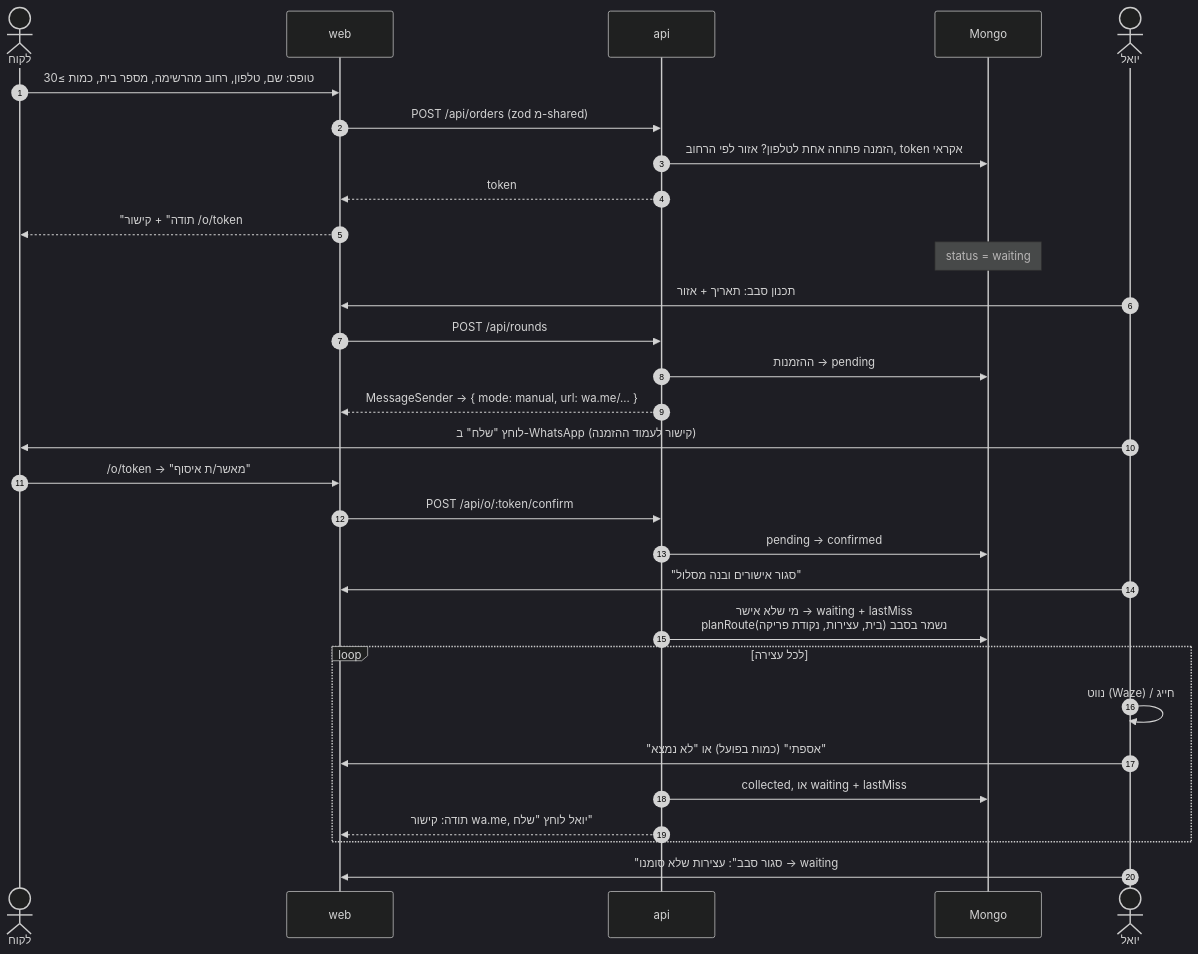
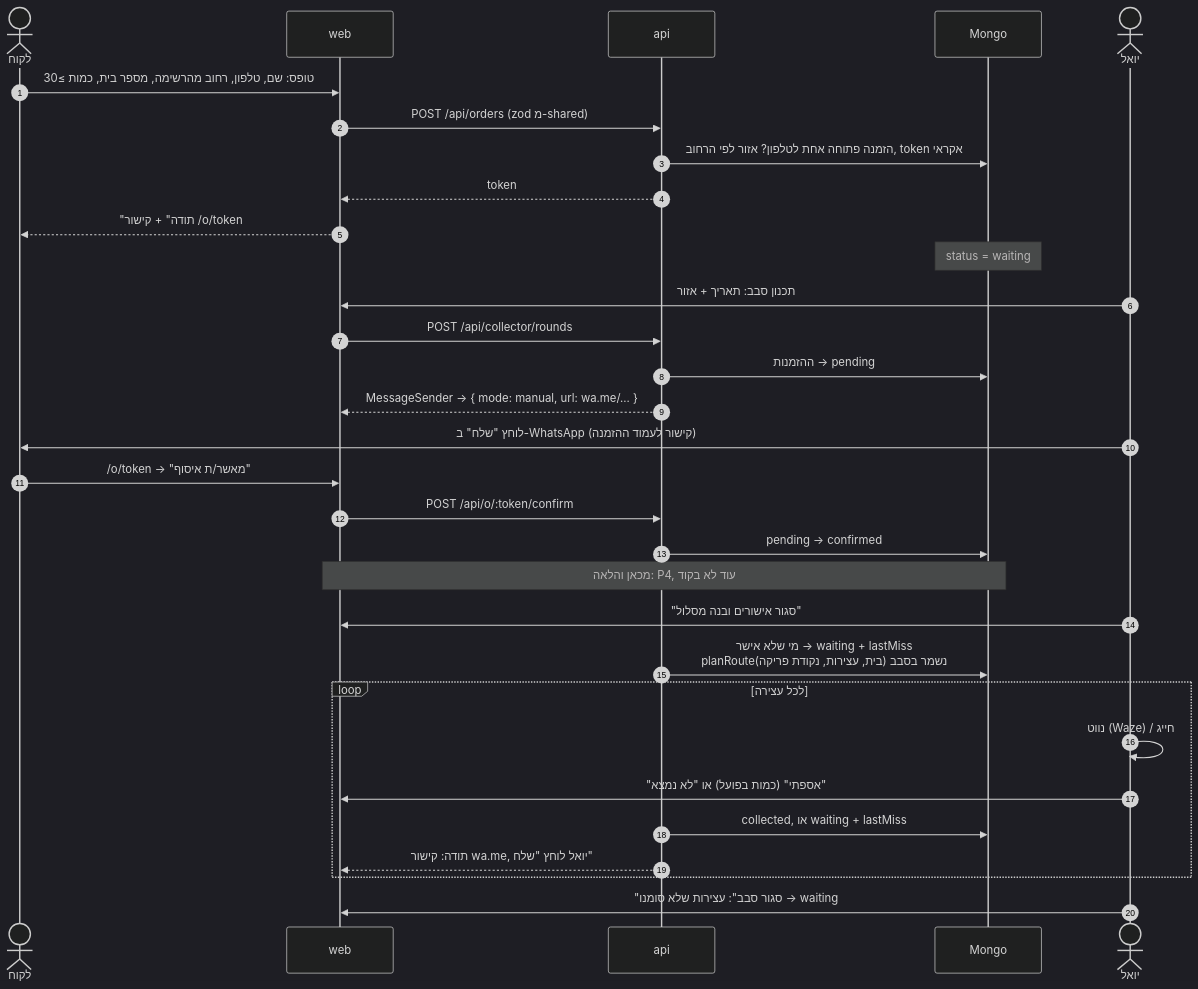
Before and after one commit to uriel-s/Latet-od: the second of 3 diagrams in ARCHITECTURE.md, drawn with Mermaid (dark theme). The commit also changed other lines of this file and 6 other files, not shown here.

````diff
--- a/ARCHITECTURE.md
+++ b/ARCHITECTURE.md
@@ -54,36 +63,37 @@
 ```mermaid
 sequenceDiagram
     autonumber
     actor L as לקוח
     participant W as web
     participant A as api
     participant D as Mongo
     actor Y as יואל
 
     L->>W: טופס: שם, טלפון, רחוב מהרשימה, מספר בית, כמות ≥30
     W->>A: POST /api/orders (zod מ-shared)
     A->>D: הזמנה פתוחה אחת לטלפון? אזור לפי הרחוב, token אקראי
     A-->>W: token
     W-->>L: "תודה" + קישור /o/token
     Note over D: status = waiting
 
     Y->>W: תכנון סבב: תאריך + אזור
-    W->>A: POST /api/rounds
+    W->>A: POST /api/collector/rounds
     A->>D: ההזמנות → pending
     A-->>W: MessageSender → { mode: manual, url: wa.me/... }
     Y->>L: לוחץ "שלח" ב-WhatsApp (קישור לעמוד ההזמנה)
 
     L->>W: /o/token → "מאשר/ת איסוף"
     W->>A: POST /api/o/:token/confirm
     A->>D: pending → confirmed
 
+    Note over W,D: מכאן והלאה: P4, עוד לא בקוד
     Y->>W: "סגור אישורים ובנה מסלול"
     A->>D: מי שלא אישר → waiting + lastMiss<br/>planRoute(בית, עצירות, נקודת פריקה) נשמר בסבב
     loop לכל עצירה
         Y->>Y: נווט (Waze) / חייג
         Y->>W: "אספתי" (כמות בפועל) או "לא נמצא"
         A->>D: collected, או waiting + lastMiss
         A-->>W: תודה: קישור wa.me, יואל לוחץ "שלח"
     end
     Y->>W: "סגור סבב": עצירות שלא סומנו → waiting
 ```
````
